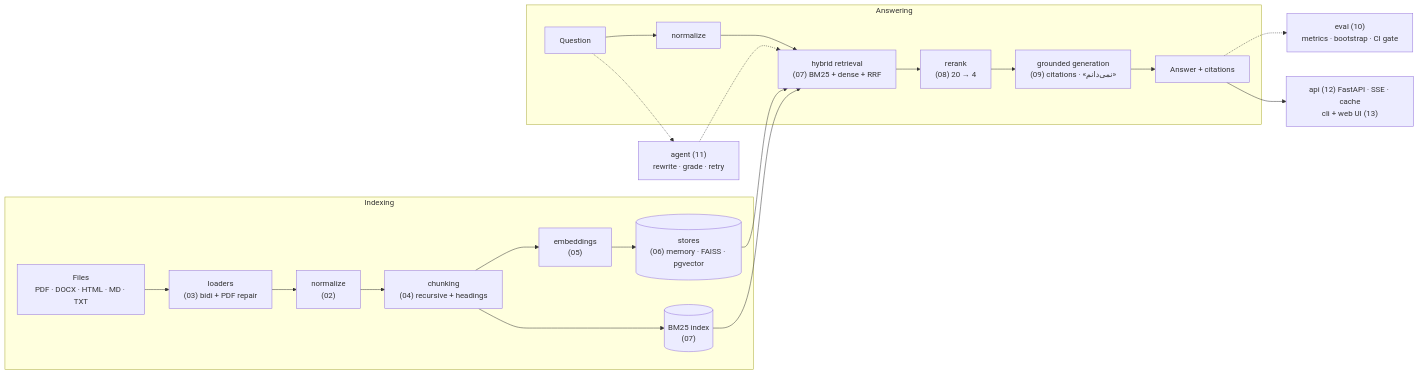
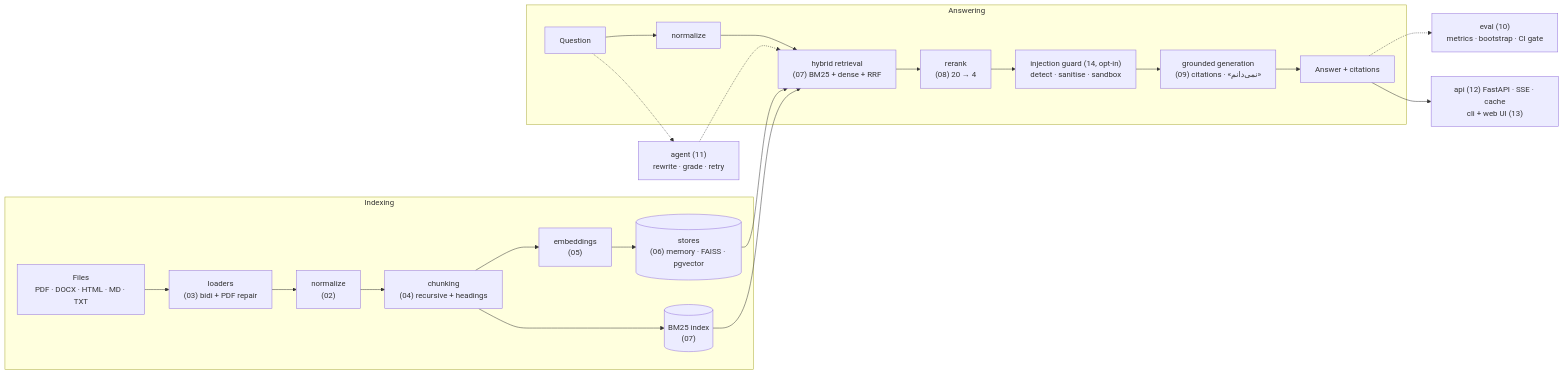
The first of 2 diagrams in README.md (snikookar/Persian-RAG-Academy), drawn with Mermaid before and after one commit. The commit also changed other lines of this file and 47 other files, not shown here.

````diff
--- a/README.md
+++ b/README.md
@@ -40,24 +40,25 @@
 ```mermaid
 flowchart LR
     subgraph Indexing
         F["Files<br/>PDF · DOCX · HTML · MD · TXT"] --> L["loaders<br/>(03) bidi + PDF repair"]
         L --> N["normalize<br/>(02)"]
         N --> C["chunking<br/>(04) recursive + headings"]
         C --> E["embeddings<br/>(05)"]
         E --> S[("stores<br/>(06) memory · FAISS · pgvector")]
         C --> B[("BM25 index<br/>(07)")]
     end
     subgraph Answering
         Q["Question"] --> QN["normalize"]
         QN --> H["hybrid retrieval<br/>(07) BM25 + dense + RRF"]
         S --> H
         B --> H
         H --> R["rerank<br/>(08) 20 → 4"]
-        R --> G["grounded generation<br/>(09) citations · «نمی‌دانم»"]
+        R --> SEC["injection guard (14, opt-in)<br/>detect · sanitise · sandbox"]
+        SEC --> G["grounded generation<br/>(09) citations · «نمی‌دانم»"]
         G --> A["Answer + citations"]
     end
     A -.-> EV["eval (10)<br/>metrics · bootstrap · CI gate"]
     Q -.-> AG["agent (11)<br/>rewrite · grade · retry"]
     AG -.-> H
     A --> API["api (12) FastAPI · SSE · cache<br/>cli + web UI (13)"]
 ```
````
